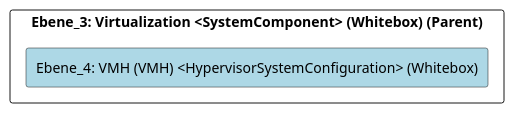
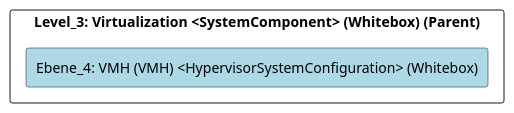
The diagram in src/cleon.architecturemethods.arc42.sample/doc/cleon_architecturemethods_arc42_sample_system/adoc/de/05_bausteinsicht/ikt/infrastruture/virtualization/vmh/ebene_4_vmh.adoc (marcozwyssig/cleon), drawn with PlantUML before and after one commit. The commit also changed other lines of this file and 169 other files, not shown here.

```diff
--- a/src/cleon.architecturemethods.arc42.sample/doc/cleon_architecturemethods_arc42_sample_system/adoc/de/05_bausteinsicht/ikt/infrastruture/virtualization/vmh/ebene_4_vmh.adoc
+++ b/src/cleon.architecturemethods.arc42.sample/doc/cleon_architecturemethods_arc42_sample_system/adoc/de/05_bausteinsicht/ikt/infrastruture/virtualization/vmh/ebene_4_vmh.adoc
@@ -20,24 +20,24 @@
 [plantuml, Ebene_4: VMH (VMH) <HypervisorSystemConfiguration> (Whitebox)BlockOverview, format="svg"]
 ----
 @startuml Ebene_4: VMH (VMH) <HypervisorSystemConfiguration> (Whitebox)BuildingBlockOverview
 
 skinparam ranksep 10
 skinparam componentStyle rectangle
 skinparam shadowing false
 skinparam arrowColor lightblue
 skinparam arrowThickness 1.2
 skinparam rectangle {
   BackgroundColor White
   BorderColor #333
   RoundCorner 10
 }
 top to bottom direction
 
-component "Ebene_3: Virtualization <SystemComponent> (Whitebox) (Parent)" {
+component "Level_3: Virtualization <SystemComponent> (Whitebox) (Parent)" {
     component "Ebene_4: VMH (VMH) <HypervisorSystemConfiguration> (Whitebox)" #lightblue {
     }
 
 }
 
 @enduml
 ----
```
